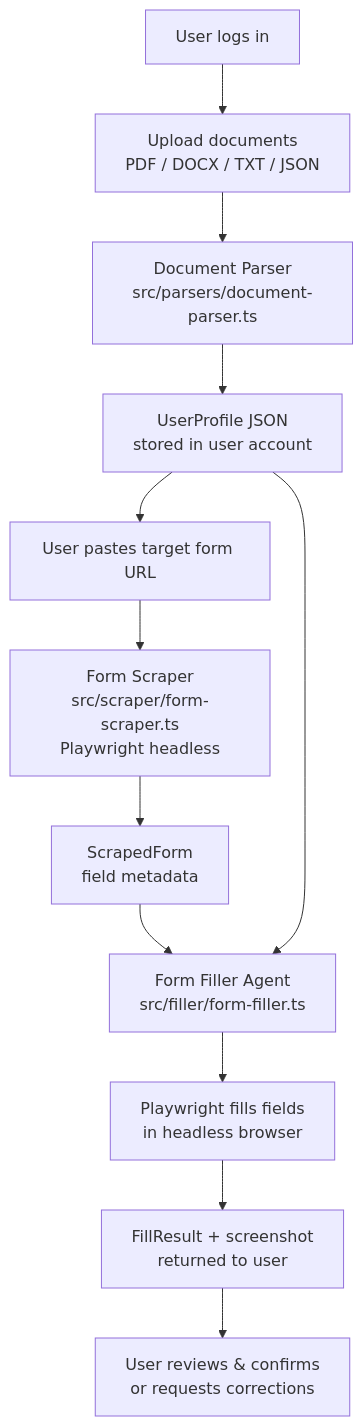
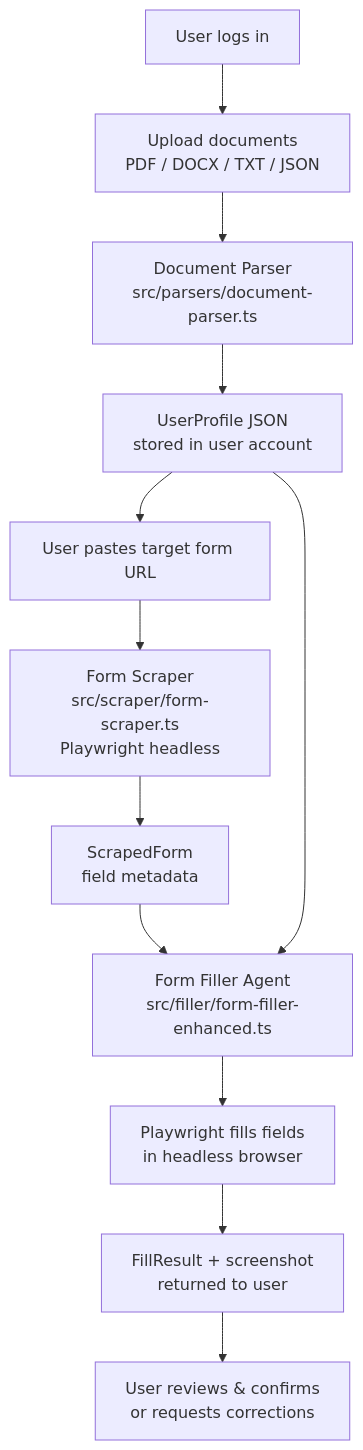
One commit to MO-INTYash-INT5715/Form-Filling-Agents changed the diagram in Documentation/WebPortal.md. Above: the diagram before and after it, drawn with Mermaid. The commit also changed other lines of this file and 667 other files, not shown here.

````diff
--- a/Documentation/WebPortal.md
+++ b/Documentation/WebPortal.md
@@ -22,14 +11,14 @@
 ```mermaid
 graph TD
     A[User logs in] --> B[Upload documents\nPDF / DOCX / TXT / JSON]
     B --> C[Document Parser\nsrc/parsers/document-parser.ts]
     C --> D[UserProfile JSON\nstored in user account]
     D --> E[User pastes target form URL]
     E --> F[Form Scraper\nsrc/scraper/form-scraper.ts\nPlaywright headless]
     F --> G[ScrapedForm\nfield metadata]
-    G --> H[Form Filler Agent\nsrc/filler/form-filler.ts]
+    G --> H[Form Filler Agent\nsrc/filler/form-filler-enhanced.ts]
     D --> H
     H --> I[Playwright fills fields\nin headless browser]
     I --> J[FillResult + screenshot\nreturned to user]
     J --> K[User reviews & confirms\nor requests corrections]
 ```
````
